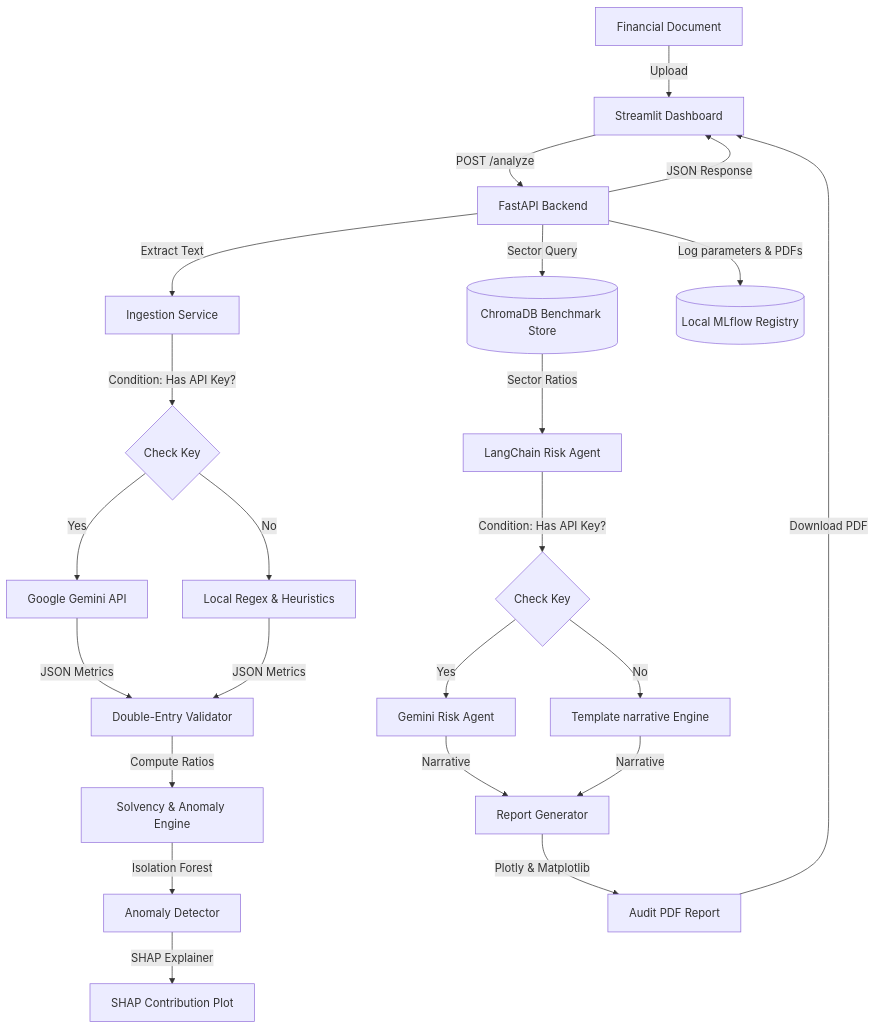
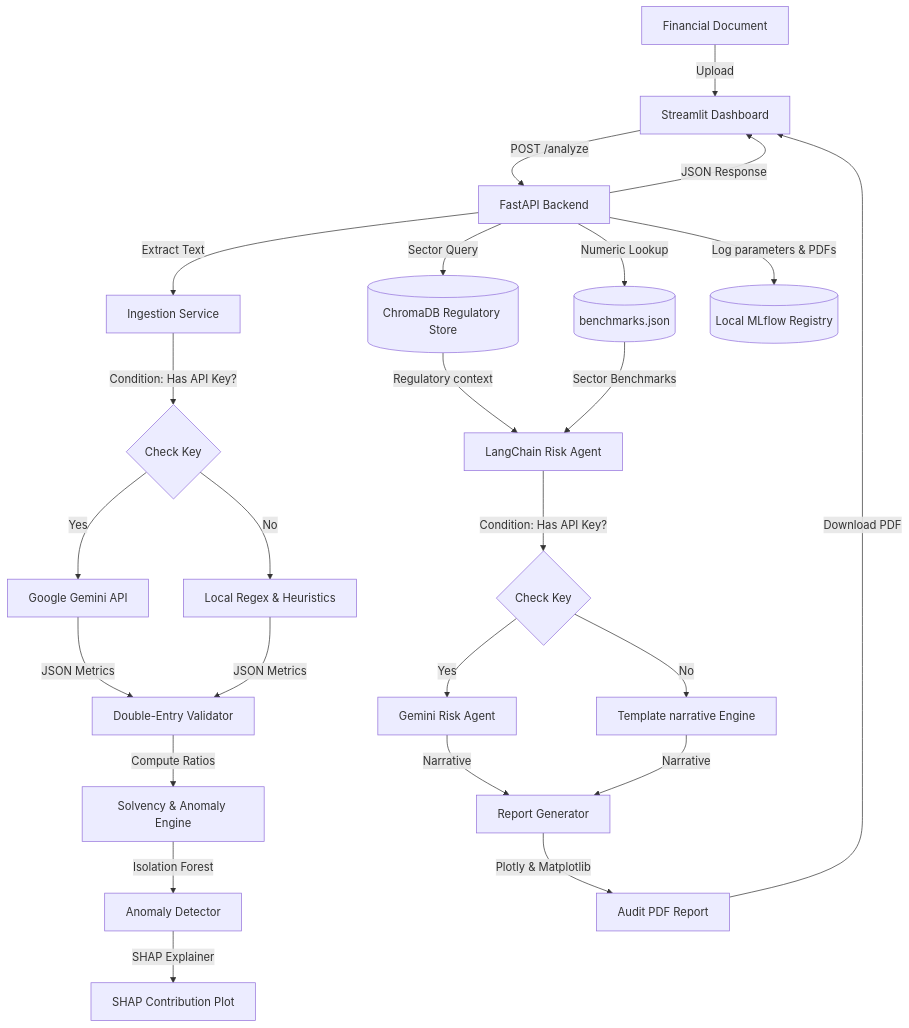
Before and after one commit to JohnApollos/FinSight-AI: the diagram in README.md, drawn with Mermaid. The commit also changed other lines of this file and 1 other file, not shown here.

Commit message:
docs: restructure README to focus on business problem, document Kenyan NSE key findings, and refactor ChromaDB RAG layer

````diff
--- a/README.md
+++ b/README.md
@@ -33,32 +54,34 @@
 ```mermaid
 graph TD
     Doc[Financial Document] -->|Upload| ST[Streamlit Dashboard]
     ST -->|POST /analyze| FA[FastAPI Backend]
     FA -->|Extract Text| ING[Ingestion Service]
     
     ING -->|Condition: Has API Key?| COND{Check Key}
     COND -->|Yes| LLM[Google Gemini API]
     COND -->|No| REGEX[Local Regex & Heuristics]
     
     LLM -->|JSON Metrics| VAL[Double-Entry Validator]
     REGEX -->|JSON Metrics| VAL
     
     VAL -->|Compute Ratios| ANA[Solvency & Anomaly Engine]
     ANA -->|Isolation Forest| IF[Anomaly Detector]
     IF -->|SHAP Explainer| SHAP[SHAP Contribution Plot]
     
-    FA -->|Sector Query| VS[(ChromaDB Benchmark Store)]
-    VS -->|Sector Ratios| AGT[LangChain Risk Agent]
+    FA -->|Sector Query| VS[(ChromaDB Regulatory Store)]
+    VS -->|Regulatory context| AGT[LangChain Risk Agent]
+    FA -->|Numeric Lookup| JSON[(benchmarks.json)]
+    JSON -->|Sector Benchmarks| AGT
     
     AGT -->|Condition: Has API Key?| COND2{Check Key}
     COND2 -->|Yes| LLM2[Gemini Risk Agent]
     COND2 -->|No| TEMP[Template narrative Engine]
     
     LLM2 -->|Narrative| REP[Report Generator]
     TEMP -->|Narrative| REP
     
     REP -->|Plotly & Matplotlib| PDF[Audit PDF Report]
     FA -->|Log parameters & PDFs| SQLite[(Local MLflow Registry)]
     FA -->|JSON Response| ST
     PDF -->|Download PDF| ST
 ```
````
